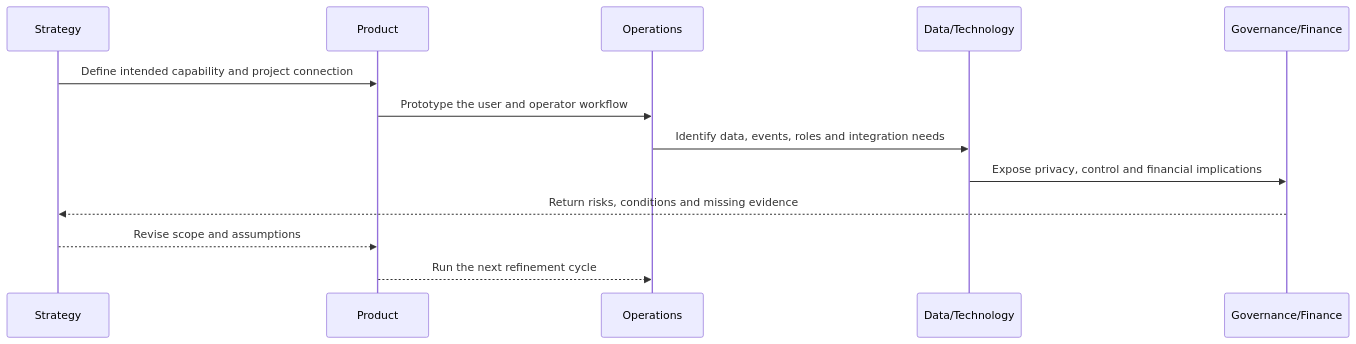
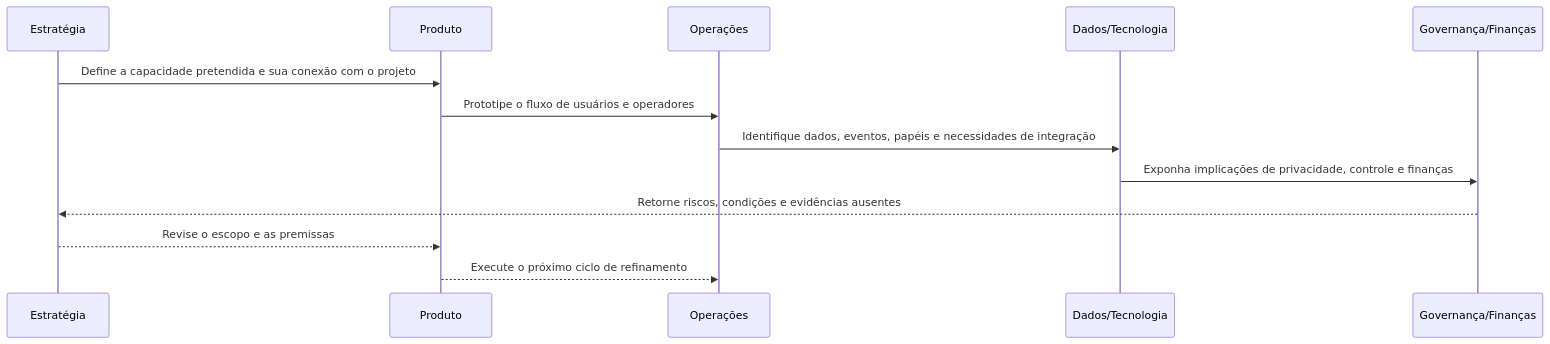
One commit to pratofeitoo/the-new-hub-proj-dev-2 changed the third of 5 diagrams in 00-project-control/framework/HUB_Three-Layer_Project_Development_Framework.md. Above: the diagram before and after it, drawn with Mermaid. The commit also changed other lines of this file and 46 other files, not shown here.

````diff
--- a/00-project-control/framework/HUB_Three-Layer_Project_Development_Framework.md
+++ b/00-project-control/framework/HUB_Three-Layer_Project_Development_Framework.md
@@ -116,16 +120,16 @@
 ```mermaid
 sequenceDiagram
-    participant S as Strategy
-    participant P as Product
-    participant O as Operations
-    participant D as Data/Technology
-    participant G as Governance/Finance
+    participant S as Estratégia
+    participant P as Produto
+    participant O as Operações
+    participant D as Dados/Tecnologia
+    participant G as Governança/Finanças
 
-    S->>P: Define intended capability and project connection
-    P->>O: Prototype the user and operator workflow
-    O->>D: Identify data, events, roles and integration needs
-    D->>G: Expose privacy, control and financial implications
-    G-->>S: Return risks, conditions and missing evidence
-    S-->>P: Revise scope and assumptions
-    P-->>O: Run the next refinement cycle
+    S->>P: Define a capacidade pretendida e sua conexão com o projeto
+    P->>O: Prototipe o fluxo de usuários e operadores
+    O->>D: Identifique dados, eventos, papéis e necessidades de integração
+    D->>G: Exponha implicações de privacidade, controle e finanças
+    G-->>S: Retorne riscos, condições e evidências ausentes
+    S-->>P: Revise o escopo e as premissas
+    P-->>O: Execute o próximo ciclo de refinamento
 ```
````
